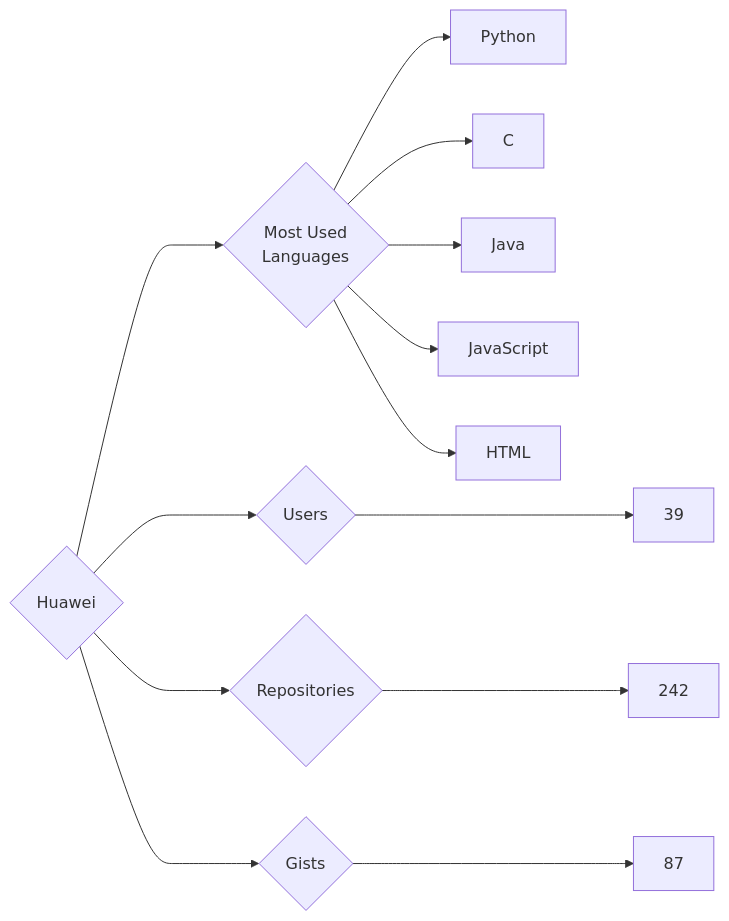
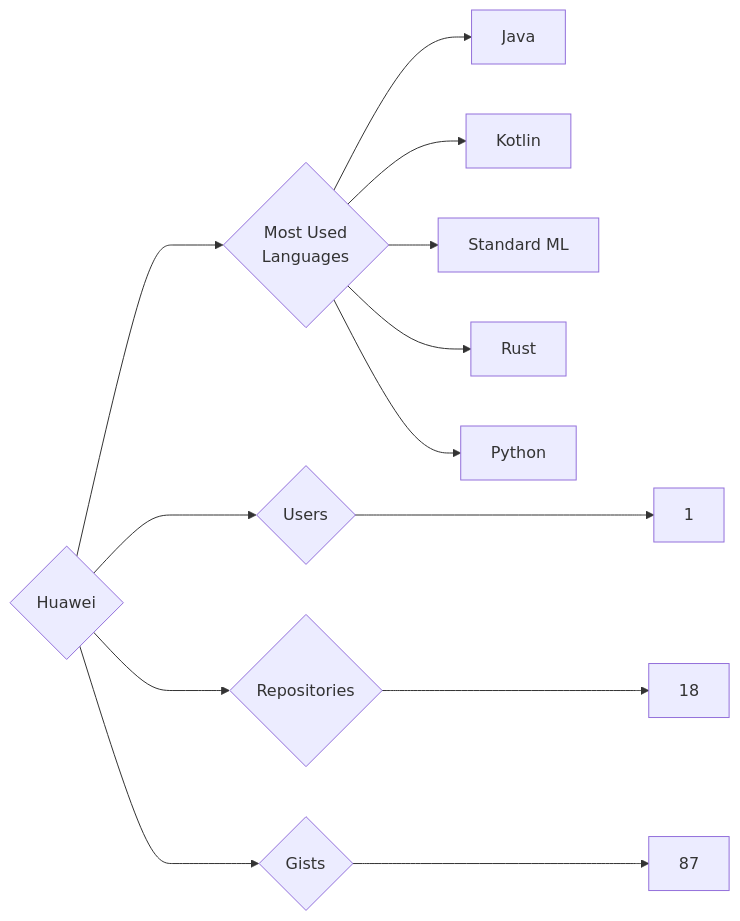
Before and after one commit to trickest/insiders: the diagram in targets/Huawei/README.md, drawn with Mermaid. The commit also changed 644 other files, not shown here.

````diff
--- a/targets/Huawei/README.md
+++ b/targets/Huawei/README.md
@@ -3,13 +3,13 @@
 ```mermaid
 graph LR
 COMPANY_NAME{Huawei}
-COMPANY_NAME ---> U{Users} ---> UN[39]
-COMPANY_NAME ---> R{Repositories} ---> RN[242]
+COMPANY_NAME ---> U{Users} ---> UN[1]
+COMPANY_NAME ---> R{Repositories} ---> RN[18]
 COMPANY_NAME ---> G{Gists} ---> GN[87]
 COMPANY_NAME ---> ML{Most Used<br>Languages}
+ML --> Java[Java]
+ML --> Kotlin[Kotlin]
+ML --> Standard_ML[Standard ML]
+ML --> Rust[Rust]
 ML --> Python[Python]
-ML --> C[C]
-ML --> Java[Java]
-ML --> JavaScript[JavaScript]
-ML --> HTML[HTML]
 ```
````
